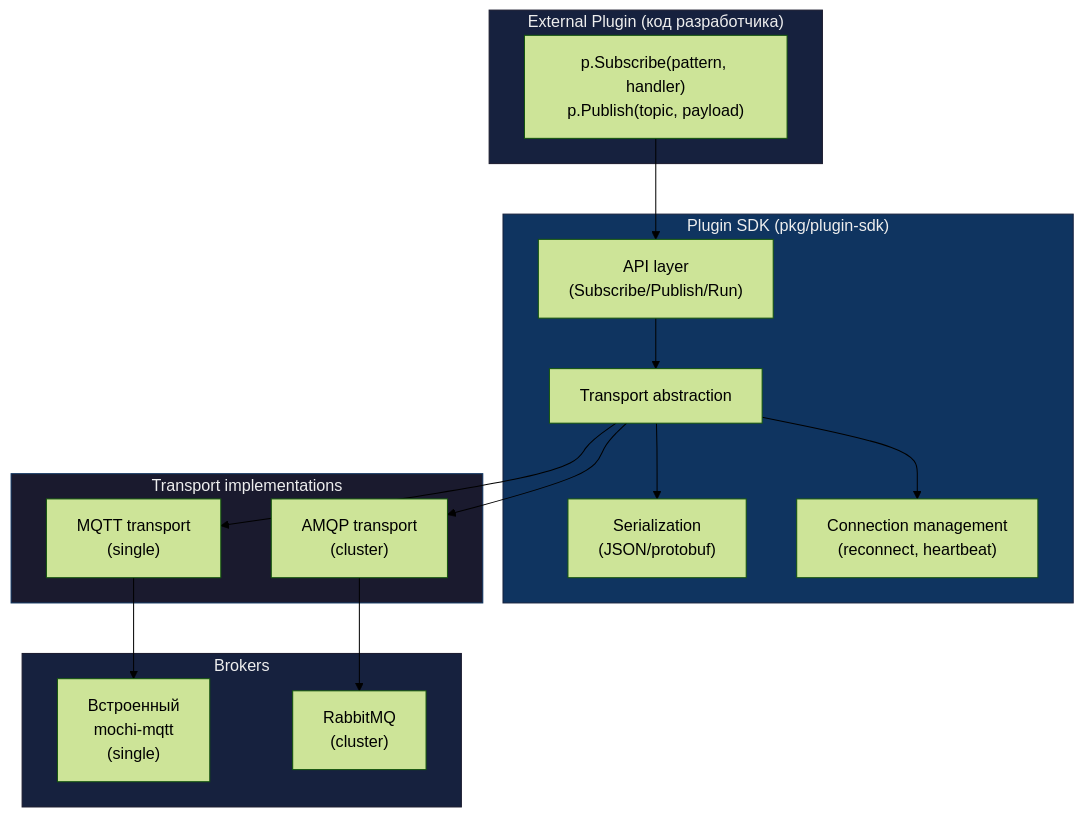
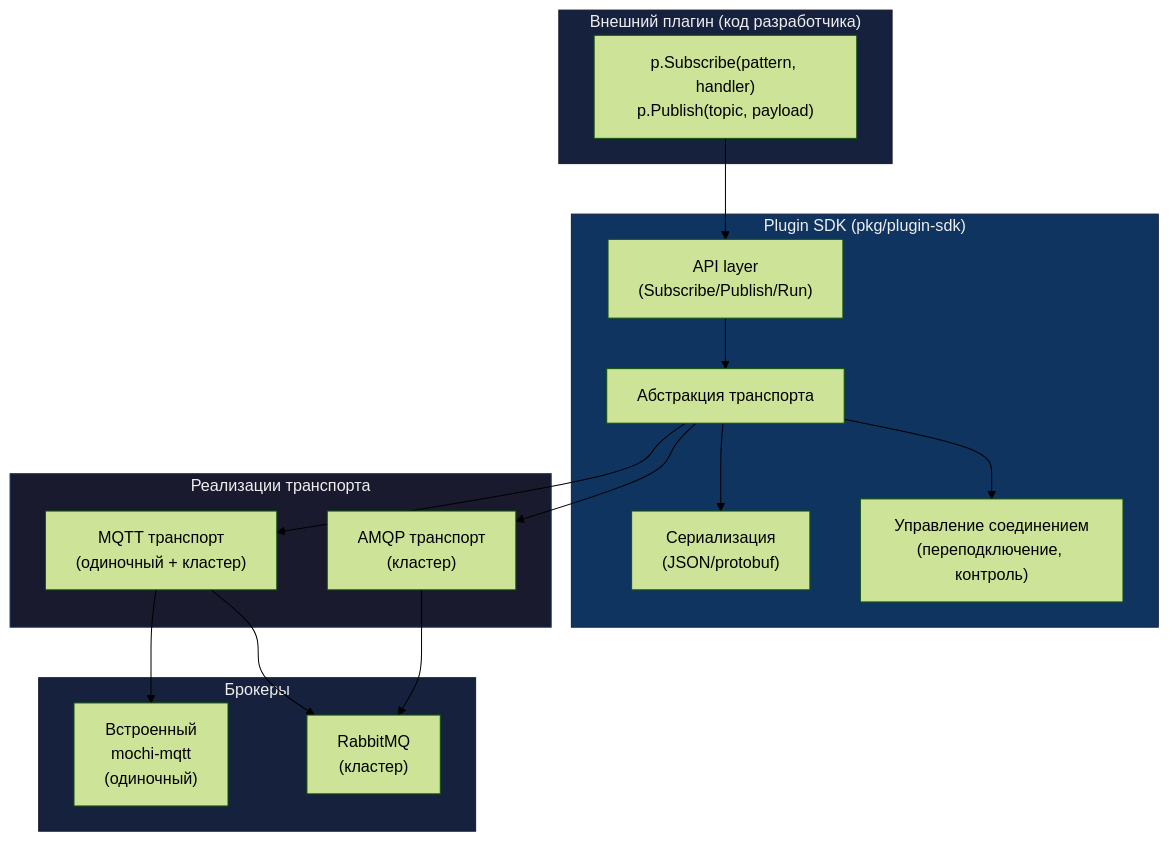
Before and after one commit to darvik80/iot-platform-go: the eighth of 8 diagrams in docs/ru/17-ha-architecture.md, drawn with Mermaid (forest theme). The commit also changed other lines of this file and 3 other files, not shown here.

````diff
--- a/docs/ru/17-ha-architecture.md
+++ b/docs/ru/17-ha-architecture.md
@@ -653,37 +764,38 @@
 ```mermaid
 graph TB
-    subgraph Plugin["External Plugin (код разработчика)"]
+    subgraph Plugin["Внешний плагин (код разработчика)"]
         CODE["p.Subscribe(pattern, handler)<br/>p.Publish(topic, payload)"]
     end
 
     subgraph SDK["Plugin SDK (pkg/plugin-sdk)"]
         API["API layer<br/>(Subscribe/Publish/Run)"]
-        TRANS["Transport abstraction"]
-        SER["Serialization<br/>(JSON/protobuf)"]
-        CONN["Connection management<br/>(reconnect, heartbeat)"]
+        TRANS["Абстракция транспорта"]
+        SER["Сериализация<br/>(JSON/protobuf)"]
+        CONN["Управление соединением<br/>(переподключение, контроль)"]
     end
 
-    subgraph Impl["Transport implementations"]
-        MQTT["MQTT transport<br/>(single)"]
-        AMQP["AMQP transport<br/>(cluster)"]
+    subgraph Impl["Реализации транспорта"]
+        MQTT["MQTT транспорт<br/>(одиночный + кластер)"]
+        AMQP["AMQP транспорт<br/>(кластер)"]
     end
 
-    subgraph Brokers["Brokers"]
-        MB["Встроенный<br/>mochi-mqtt<br/>(single)"]
-        RB["RabbitMQ<br/>(cluster)"]
+    subgraph Brokers["Брокеры"]
+        MB["Встроенный<br/>mochi-mqtt<br/>(одиночный)"]
+        RB["RabbitMQ<br/>(кластер)"]
     end
 
     CODE --> API
     API --> TRANS
     TRANS --> SER
     TRANS --> CONN
     TRANS --> MQTT
     TRANS --> AMQP
     MQTT --> MB
+    MQTT --> RB
     AMQP --> RB
 
     style Plugin fill:#16213e,stroke:#1a1a2e,color:#eee
     style SDK fill:#0f3460,stroke:#16213e,color:#eee
     style Impl fill:#1a1a2e,stroke:#0f3460,color:#eee
     style Brokers fill:#16213e,stroke:#1a1a2e,color:#eee
 ```
````
